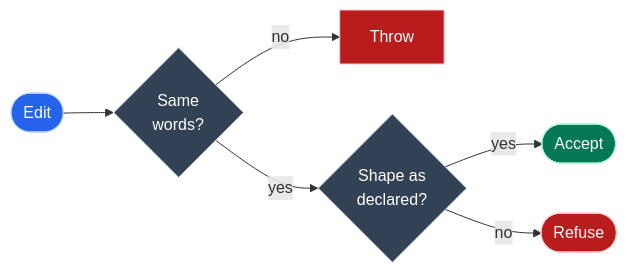
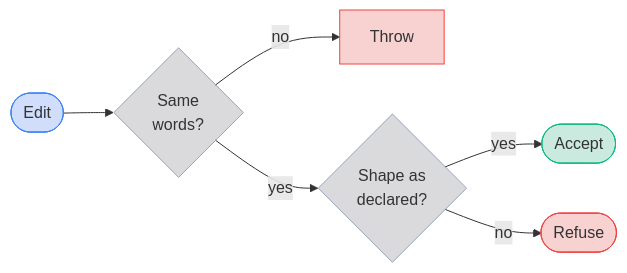
Before and after one commit to jpeakai/jpai-prose-gates: diagram 12 of 19 in docs/DATA_MODEL.md, drawn with Mermaid. The commit also changed other lines of this file and 1 other file, not shown here.

First line of the commit message:
docs: recalibrate the Mermaid diagrams for Material with translucent fills

````diff
--- a/docs/DATA_MODEL.md
+++ b/docs/DATA_MODEL.md
@@ -417,13 +417,13 @@
 ```mermaid
 flowchart LR
     EDIT(["Edit"]):::source --> FP{"Same<br/>words?"}:::decide
     FP -- "no" --> THROW["Throw"]:::bad
     FP -- "yes" --> EXP{"Shape as<br/>declared?"}:::decide
     EXP -- "yes" --> OK(["Accept"]):::ok
     EXP -- "no" --> NO(["Refuse"]):::bad
 
-    classDef source fill:#2563eb,stroke:#bfdbfe,color:#ffffff
-    classDef decide fill:#334155,stroke:#cbd5e1,color:#ffffff
-    classDef ok     fill:#047857,stroke:#a7f3d0,color:#ffffff
-    classDef bad    fill:#b91c1c,stroke:#fecaca,color:#ffffff
+    classDef source fill:#2563eb36,stroke:#3b82f6
+    classDef decide fill:#52525b36,stroke:#94a3b8
+    classDef ok     fill:#05966936,stroke:#10b981
+    classDef bad    fill:#dc262636,stroke:#ef4444
 ```
````
